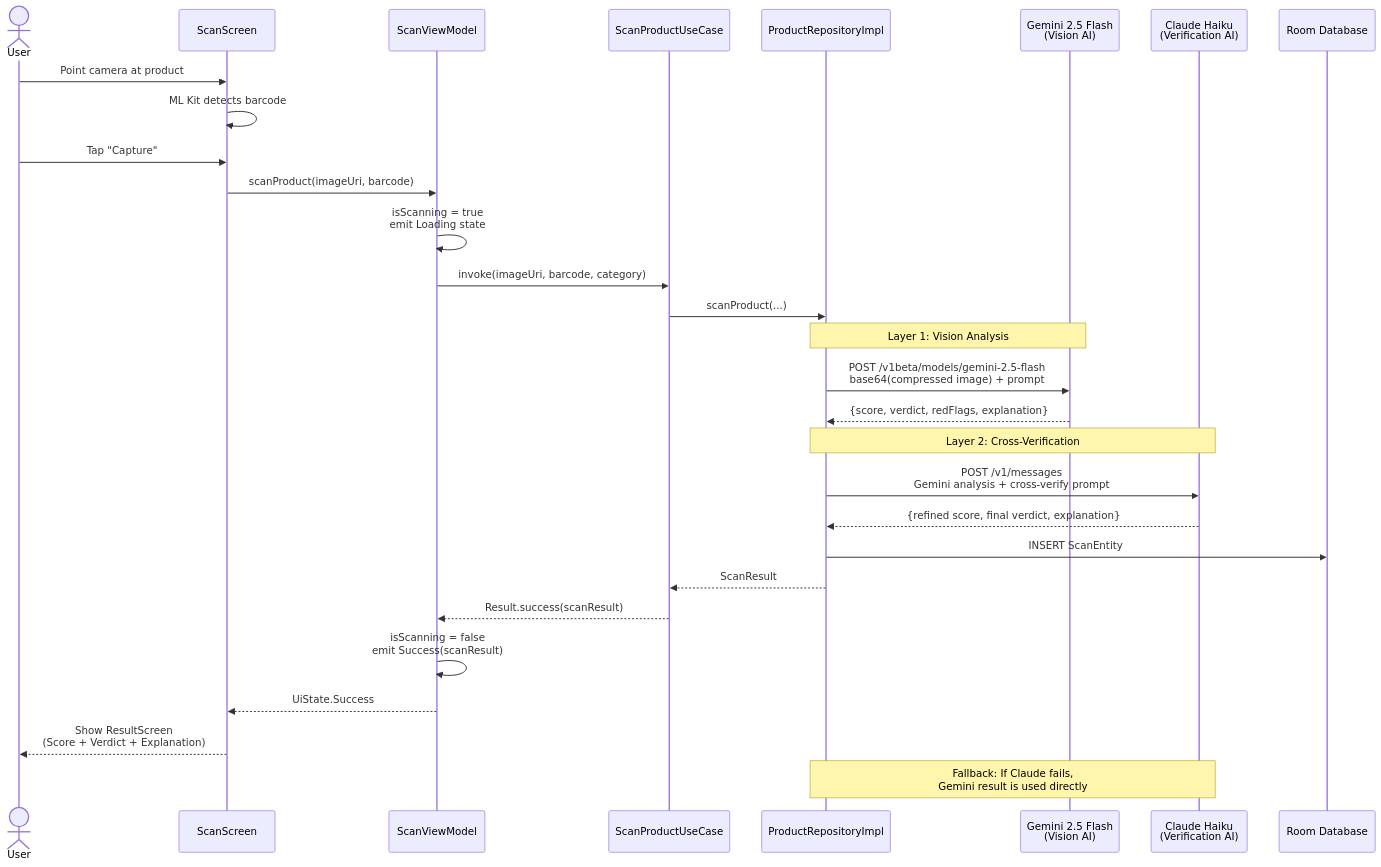
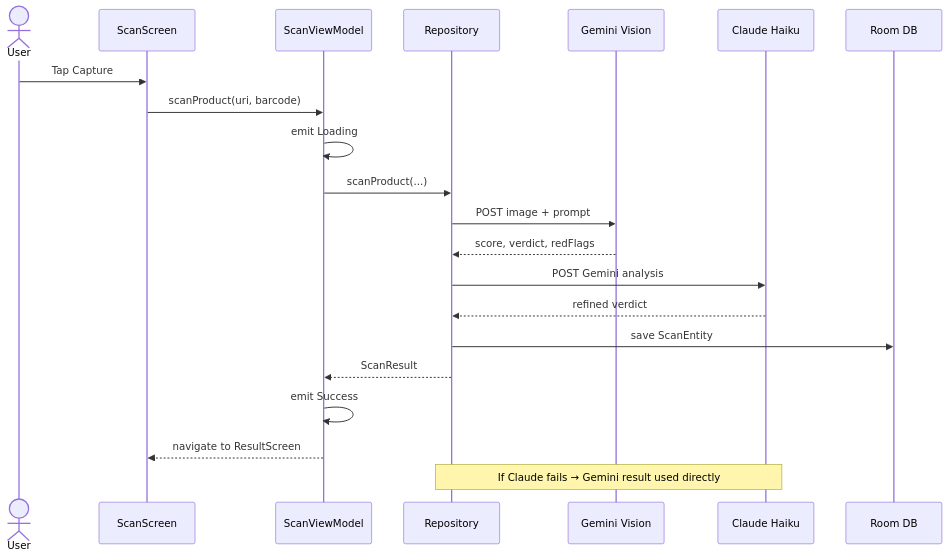
One commit to lakshmanreddymv-bot/FakeProductDetector changed the second of 5 diagrams in README.md. Above: the diagram before and after it, drawn with Mermaid. The commit also changed other lines of this file, not shown here.

Commit message:
Fix screenshot sizes + slim down all Mermaid diagrams for readability

````diff
--- a/README.md
+++ b/README.md
@@ -102,36 +81,25 @@
 ```mermaid
 sequenceDiagram
     actor User
     participant SC as ScanScreen
-    participant SVM as ScanViewModel
-    participant UC as ScanProductUseCase
-    participant REPO as ProductRepositoryImpl
-    participant GEMINI as Gemini 2.5 Flash<br/>(Vision AI)
-    participant CLAUDE as Claude Haiku<br/>(Verification AI)
-    participant DB as Room Database
+    participant VM as ScanViewModel
+    participant REPO as Repository
+    participant GEM as Gemini Vision
+    participant CLU as Claude Haiku
+    participant DB as Room DB
 
-    User->>SC: Point camera at product
-    SC->>SC: ML Kit detects barcode
-    User->>SC: Tap "Capture"
-    SC->>SVM: scanProduct(imageUri, barcode)
-    SVM->>SVM: isScanning = true<br/>emit Loading state
-    SVM->>UC: invoke(imageUri, barcode, category)
-    UC->>REPO: scanProduct(...)
+    User->>SC: Tap Capture
+    SC->>VM: scanProduct(uri, barcode)
+    VM->>VM: emit Loading
+    VM->>REPO: scanProduct(...)
+    REPO->>GEM: POST image + prompt
+    GEM-->>REPO: score, verdict, redFlags
+    REPO->>CLU: POST Gemini analysis
+    CLU-->>REPO: refined verdict
+    REPO->>DB: save ScanEntity
+    REPO-->>VM: ScanResult
+    VM->>VM: emit Success
+    VM-->>SC: navigate to ResultScreen
 
-    Note over REPO,GEMINI: Layer 1: Vision Analysis
-    REPO->>GEMINI: POST /v1beta/models/gemini-2.5-flash<br/>base64(compressed image) + prompt
-    GEMINI-->>REPO: {score, verdict, redFlags, explanation}
-
-    Note over REPO,CLAUDE: Layer 2: Cross-Verification
-    REPO->>CLAUDE: POST /v1/messages<br/>Gemini analysis + cross-verify prompt
-    CLAUDE-->>REPO: {refined score, final verdict, explanation}
-
-    REPO->>DB: INSERT ScanEntity
-    REPO-->>UC: ScanResult
-    UC-->>SVM: Result.success(scanResult)
-    SVM->>SVM: isScanning = false<br/>emit Success(scanResult)
-    SVM-->>SC: UiState.Success
-    SC-->>User: Show ResultScreen<br/>(Score + Verdict + Explanation)
-
-    Note over REPO,CLAUDE: Fallback: If Claude fails,<br/>Gemini result is used directly
+    Note over REPO,CLU: If Claude fails → Gemini result used directly
 ```
````
